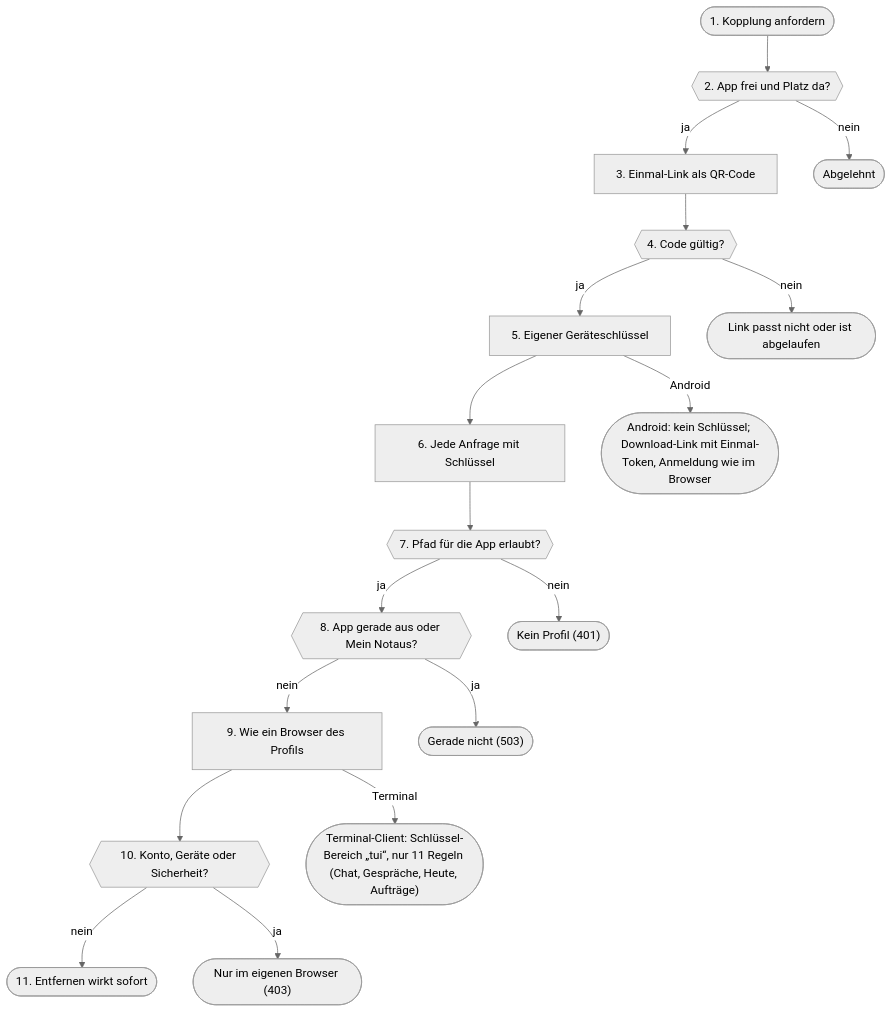
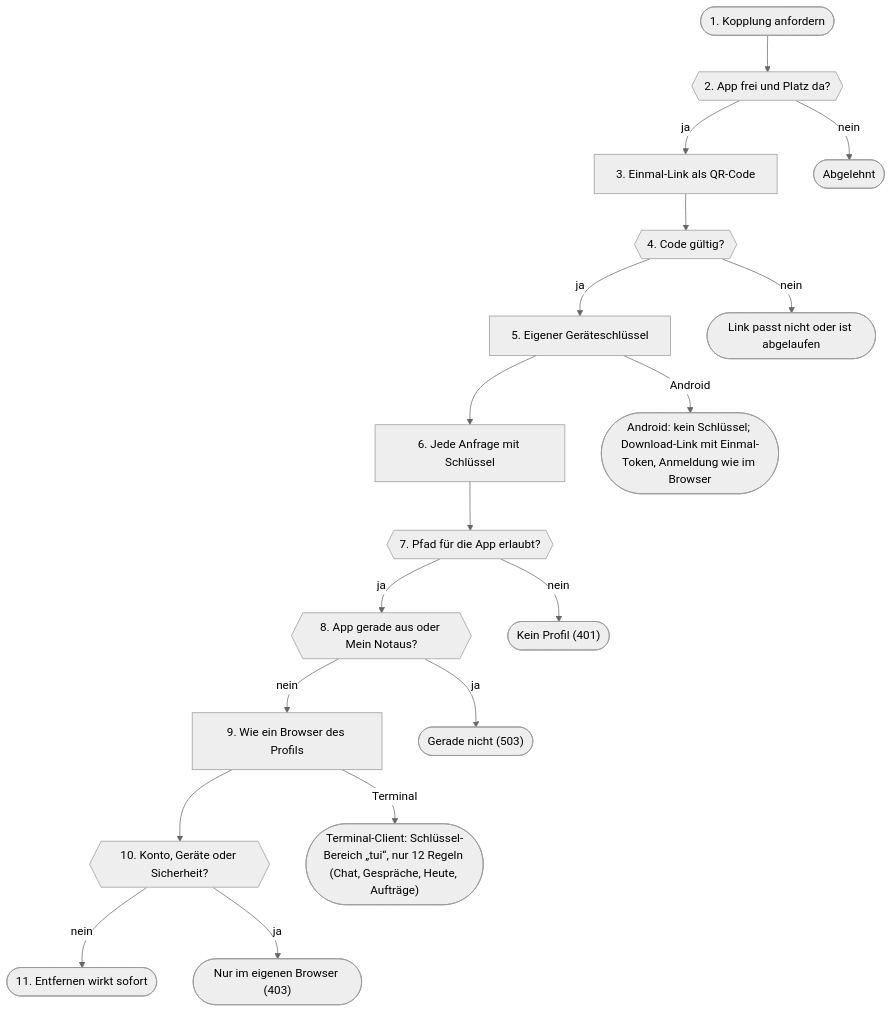
The third of 26 diagrams in docs/de/architektur.md (db9979/speech-on-dgx-spark), drawn with Mermaid (neutral theme) before and after one commit. The commit also changed other lines of this file and 49 other files, not shown here.

````diff
--- a/docs/de/architektur.md
+++ b/docs/de/architektur.md
@@ -730,38 +731,38 @@
 ```mermaid
 flowchart TD
   s1(["1. Kopplung anfordern"])
   s2{{"2. App frei und Platz da?"}}
   s3["3. Einmal-Link als QR-Code"]
   s4{{"4. Code gültig?"}}
   s5["5. Eigener Geräteschlüssel"]
   s6["6. Jede Anfrage mit Schlüssel"]
   s7{{"7. Pfad für die App erlaubt?"}}
   s8{{"8. App gerade aus oder Mein Notaus?"}}
   s9["9. Wie ein Browser des Profils"]
   s10{{"10. Konto, Geräte oder Sicherheit?"}}
   s11(["11. Entfernen wirkt sofort"])
   s1 --> s2
   s2 -->|ja| s3
   s3 --> s4
   s4 -->|ja| s5
   s5 --> s6
   s6 --> s7
   s7 -->|ja| s8
   s8 -->|nein| s9
   s9 --> s10
   s10 -->|nein| s11
   s2x(["Abgelehnt"])
   s2 -->|nein| s2x
   s4x(["Link passt nicht oder ist abgelaufen"])
   s4 -->|nein| s4x
   s5x(["Android: kein Schlüssel; Download-Link mit Einmal-Token, Anmeldung wie im Browser"])
   s5 -->|Android| s5x
   s7x(["Kein Profil (401)"])
   s7 -->|nein| s7x
   s8x(["Gerade nicht (503)"])
   s8 -->|ja| s8x
-  s9x(["Terminal-Client: Schlüssel-Bereich „tui“, nur 11 Regeln (Chat, Gespräche, Heute, Aufträge)"])
+  s9x(["Terminal-Client: Schlüssel-Bereich „tui“, nur 12 Regeln (Chat, Gespräche, Heute, Aufträge)"])
   s9 -->|Terminal| s9x
   s10x(["Nur im eigenen Browser (403)"])
   s10 -->|ja| s10x
 ```
````
